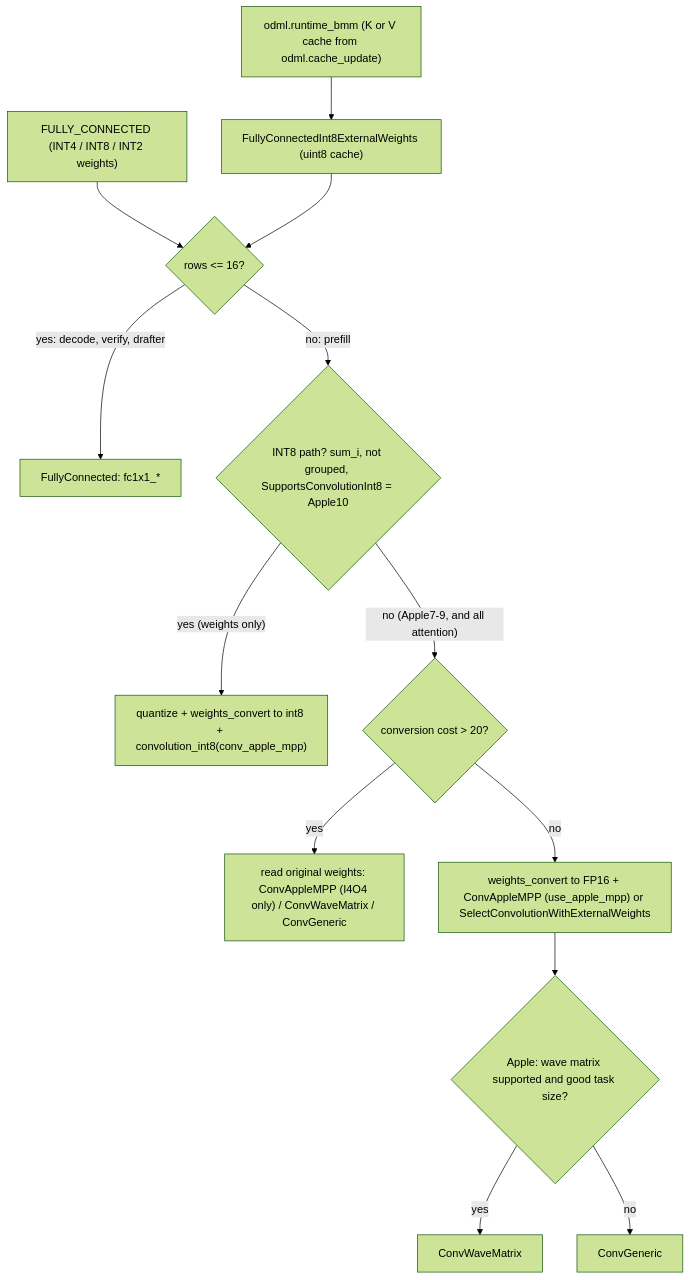
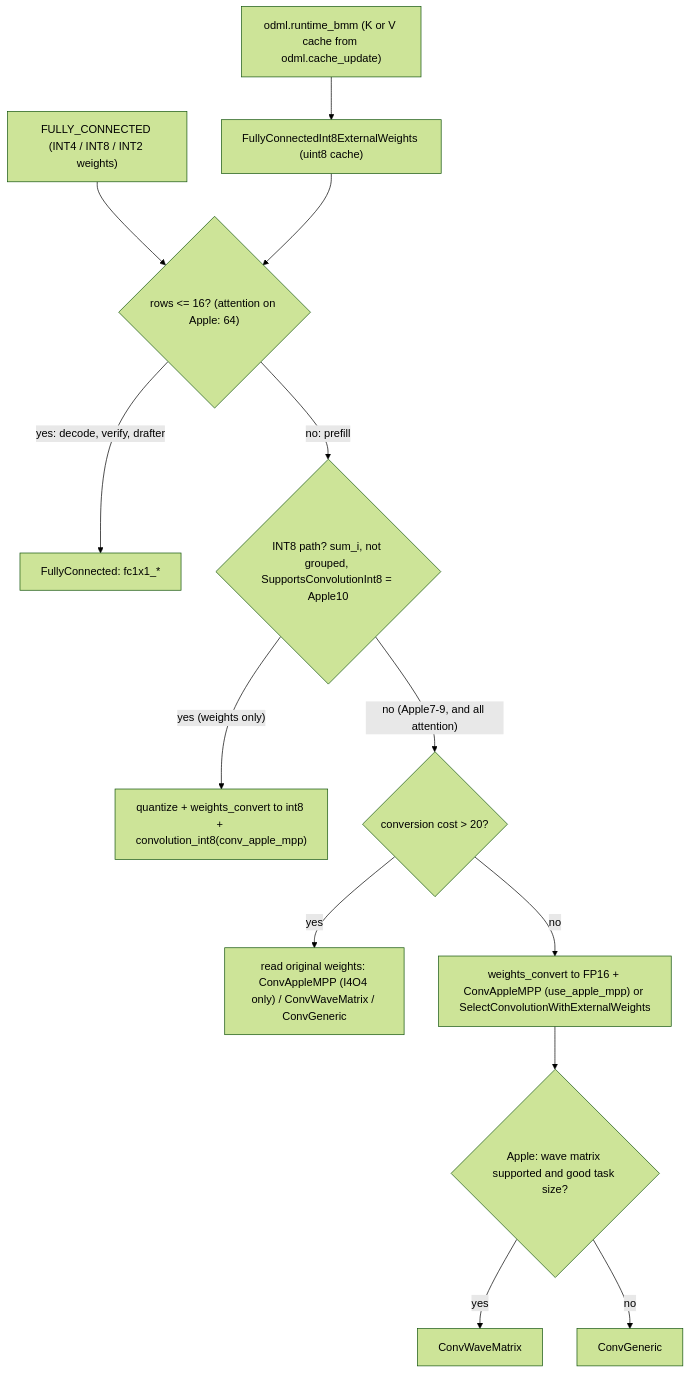
The first of 2 diagrams in docs/agello/reference/ml-drift/kernels.md (PowerBeef/agello-litert-lm), drawn with Mermaid (forest theme) before and after one commit. The commit also changed other lines of this file and 207 other files, not shown here.

````diff
--- a/docs/agello/reference/ml-drift/kernels.md
+++ b/docs/agello/reference/ml-drift/kernels.md
@@ -126,14 +129,14 @@
 ```mermaid
 flowchart TD
-  FC["FULLY_CONNECTED (INT4 / INT8 / INT2 weights)"] --> R{"rows <= 16?"}
+  FC["FULLY_CONNECTED (INT4 / INT8 / INT2 weights)"] --> R{"rows <= 16? (attention on Apple: 64)"}
   BMM["odml.runtime_bmm (K or V cache from odml.cache_update)"] --> FCI8["FullyConnectedInt8ExternalWeights (uint8 cache)"] --> R
   R -- "yes: decode, verify, drafter" --> FCK["FullyConnected: fc1x1_*"]
   R -- "no: prefill" --> I8{"INT8 path? sum_i, not grouped, SupportsConvolutionInt8 = Apple10"}
   I8 -- "yes (weights only)" --> MPP8["quantize + weights_convert to int8 + convolution_int8(conv_apple_mpp)"]
   I8 -- "no (Apple7-9, and all attention)" --> COST{"conversion cost > 20?"}
   COST -- "yes" --> DIRECT["read original weights: ConvAppleMPP (I4O4 only) / ConvWaveMatrix / ConvGeneric"]
   COST -- "no" --> CONV["weights_convert to FP16 + ConvAppleMPP (use_apple_mpp) or SelectConvolutionWithExternalWeights"]
   CONV --> APPLE{"Apple: wave matrix supported and good task size?"}
   APPLE -- "yes" --> WM["ConvWaveMatrix"]
   APPLE -- "no" --> GEN["ConvGeneric"]
 ```
````
